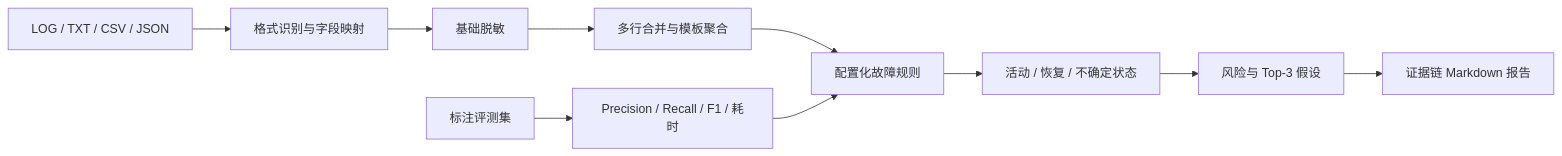
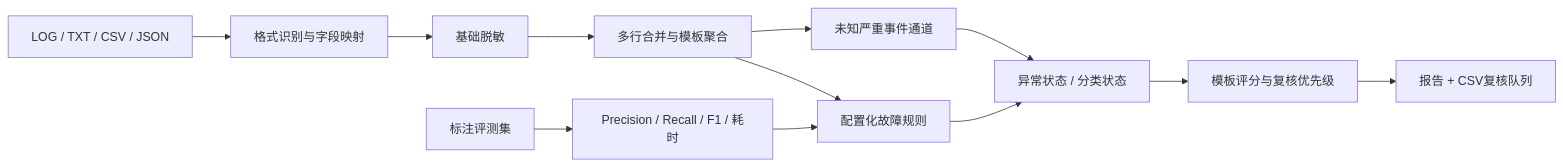
The diagram in README.md (pollardaltha367-arch/aiops-diagnosis), drawn with Mermaid before and after one commit. The commit also changed other lines of this file, not shown here.

````diff
--- a/README.md
+++ b/README.md
@@ -84,12 +100,14 @@
 ```mermaid
 flowchart LR
     A["LOG / TXT / CSV / JSON"] --> B["格式识别与字段映射"]
     B --> C["基础脱敏"]
     C --> D["多行合并与模板聚合"]
     D --> E["配置化故障规则"]
-    E --> F["活动 / 恢复 / 不确定状态"]
-    F --> G["风险与 Top-3 假设"]
-    G --> H["证据链 Markdown 报告"]
+    D --> K["未知严重事件通道"]
+    E --> F["异常状态 / 分类状态"]
+    K --> F
+    F --> G["模板评分与复核优先级"]
+    G --> H["报告 + CSV复核队列"]
     I["标注评测集"] --> J["Precision / Recall / F1 / 耗时"]
     J --> E
 ```
````
